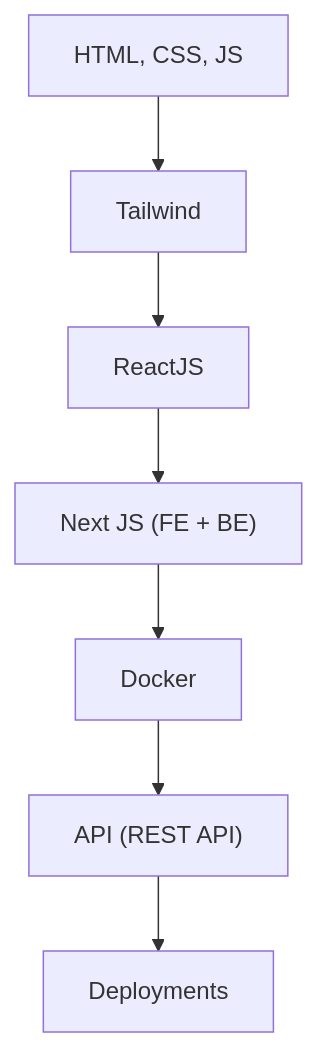
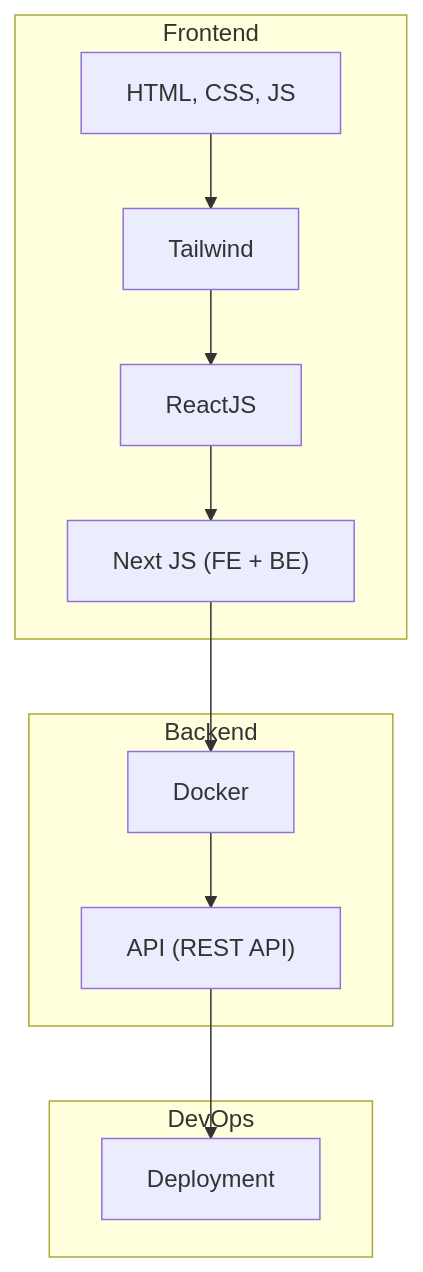
One commit to 6661647a77616e/codedojo changed the diagram in codedojo/w4/w4.md. Above: the diagram before and after it, drawn with Mermaid. The commit also changed other lines of this file and 17 other files, not shown here.

````diff
--- a/codedojo/w4/w4.md
+++ b/codedojo/w4/w4.md
@@ -5,9 +5,16 @@
 ```mermaid
 flowchart TD
-    HTML["HTML, CSS, JS"] --> Tailwind
-    Tailwind --> ReactJS
-    ReactJS --> NextJS["Next JS (FE + BE)"]
+    subgraph "Frontend"
+        HTML["HTML, CSS, JS"] --> Tailwind
+        Tailwind --> ReactJS
+        ReactJS --> NextJS["Next JS (FE + BE)"]
+    end
     NextJS --> Docker
-    Docker --> API["API (REST API)"]
-    API --> Deployments
+    subgraph "Backend"
+        Docker --> API["API (REST API)"]
+        API 
+    end
+    subgraph "DevOps"
+    API --> Deployment 
+    end
 ```
````
